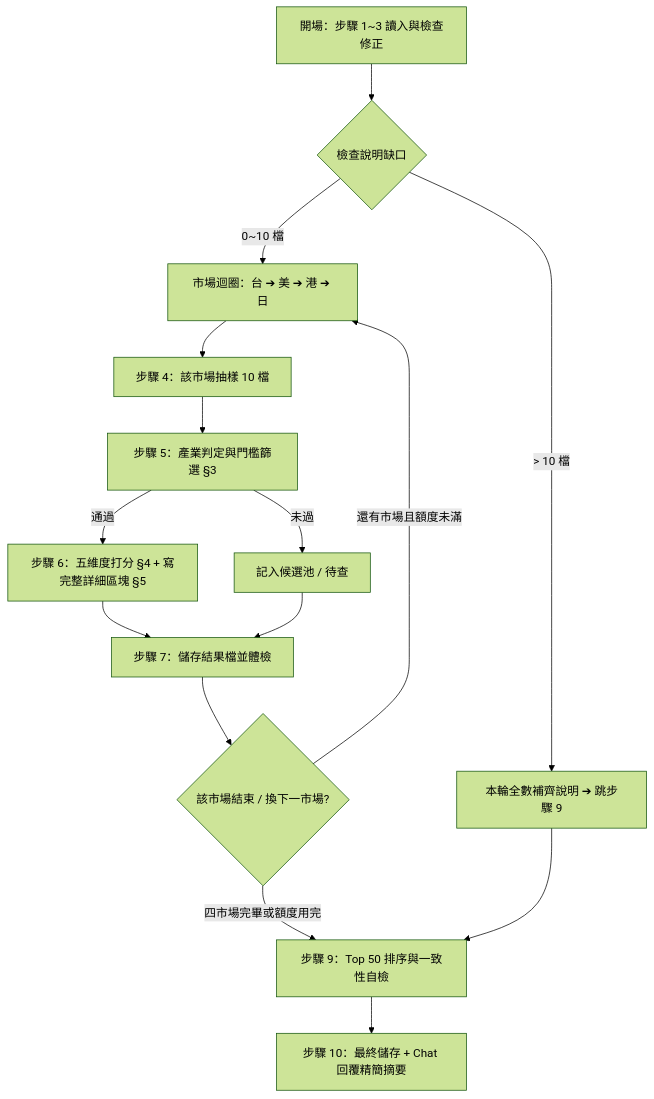
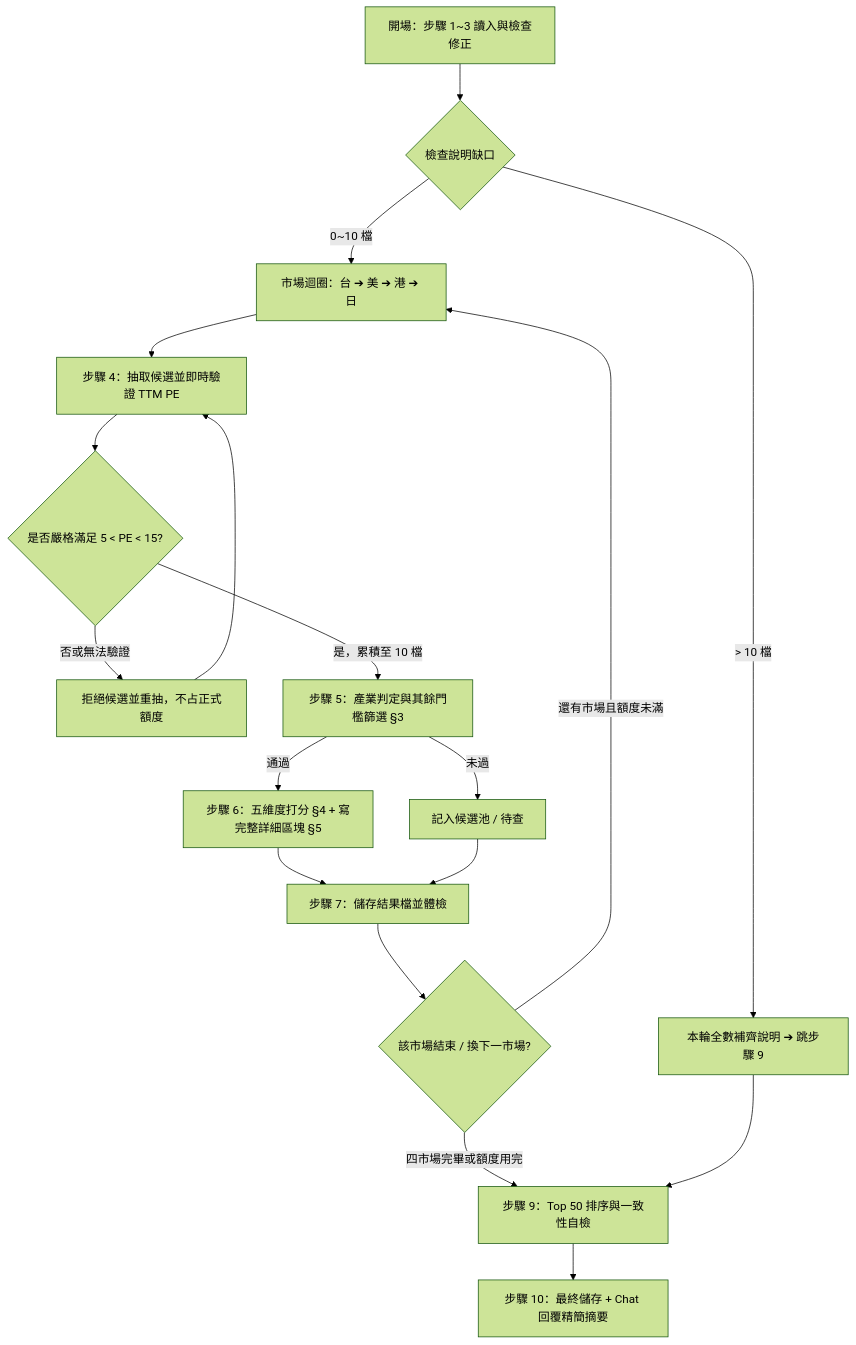
Before and after one commit to a9303001/FinancialReport: the diagram in Routines_StkScreener_gemini.md, drawn with Mermaid (forest theme). The commit also changed other lines of this file, not shown here.

````diff
--- a/Routines_StkScreener_gemini.md
+++ b/Routines_StkScreener_gemini.md
@@ -35,17 +37,20 @@
 ```mermaid
 graph TD
     A[開場：步驟 1~3 讀入與檢查修正] --> B{檢查說明缺口}
     B -->|> 10 檔| C[本輪全數補齊說明 ➔ 跳步驟 9]
     B -->|0~10 檔| D[市場迴圈：台 ➔ 美 ➔ 港 ➔ 日]
-    D --> E[步驟 4：該市場抽樣 10 檔]
-    E --> F[步驟 5：產業判定與門檻篩選 §3]
+    D --> E[步驟 4：抽取候選並即時驗證 TTM PE]
+    E --> P{是否嚴格滿足 5 < PE < 15?}
+    P -->|否或無法驗證| R[拒絕候選並重抽，不占正式額度]
+    R --> E
+    P -->|是，累積至 10 檔| F[步驟 5：產業判定與其餘門檻篩選 §3]
     F -->|通過| G[步驟 6：五維度打分 §4 + 寫完整詳細區塊 §5]
     F -->|未過| H[記入候選池 / 待查]
     G --> I[步驟 7：儲存結果檔並體檢]
     H --> I
     I --> J{該市場結束 / 換下一市場?}
     J -->|還有市場且額度未滿| D
     J -->|四市場完畢或額度用完| K[步驟 9：Top 50 排序與一致性自檢]
     C --> K
     K --> L[步驟 10：最終儲存 + Chat 回覆精簡摘要]
 ```
````
